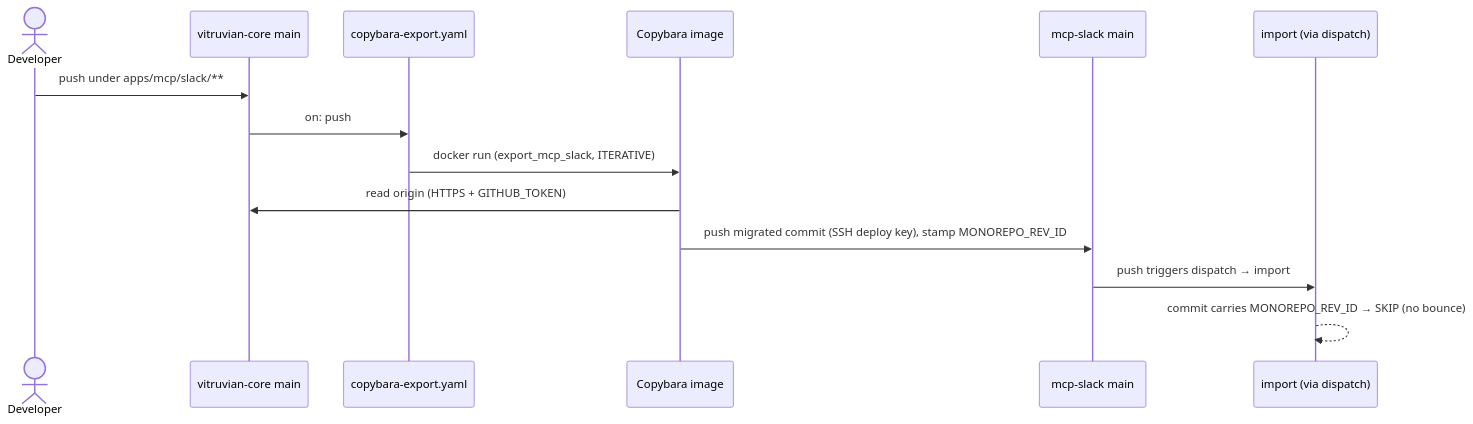
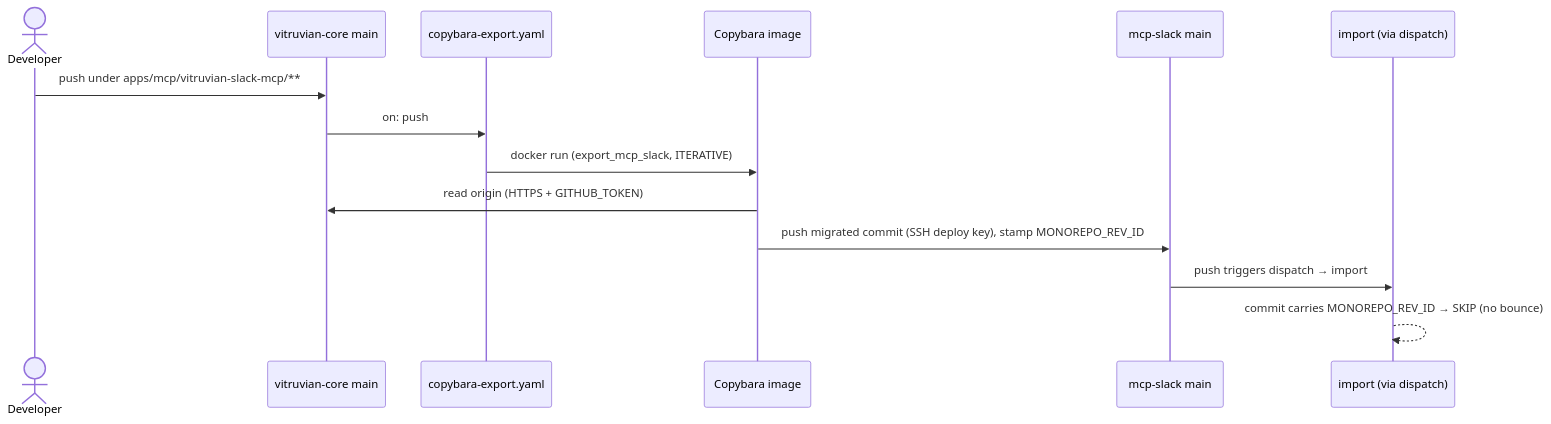
One commit to VitruvianSoftware/vitruvian-core changed the second of 7 diagrams in docs/admin/copybara-sync.md. Above: the diagram before and after it, drawn with Mermaid. The commit also changed other lines of this file and 7562 other files, not shown here.

````diff
--- a/docs/admin/copybara-sync.md
+++ b/docs/admin/copybara-sync.md
@@ -115,16 +115,16 @@
 ```mermaid
 sequenceDiagram
     actor Dev as Developer
     participant VC as vitruvian-core main
     participant EXP as copybara-export.yaml
     participant CB as Copybara image
     participant MS as mcp-slack main
     participant IMP as import (via dispatch)
-    Dev->>VC: push under apps/mcp/slack/**
+    Dev->>VC: push under apps/mcp/vitruvian-slack-mcp/**
     VC->>EXP: on: push
     EXP->>CB: docker run (export_mcp_slack, ITERATIVE)
     CB->>VC: read origin (HTTPS + GITHUB_TOKEN)
     CB->>MS: push migrated commit (SSH deploy key), stamp MONOREPO_REV_ID
     MS->>IMP: push triggers dispatch → import
     IMP-->>IMP: commit carries MONOREPO_REV_ID → SKIP (no bounce)
 ```
````
